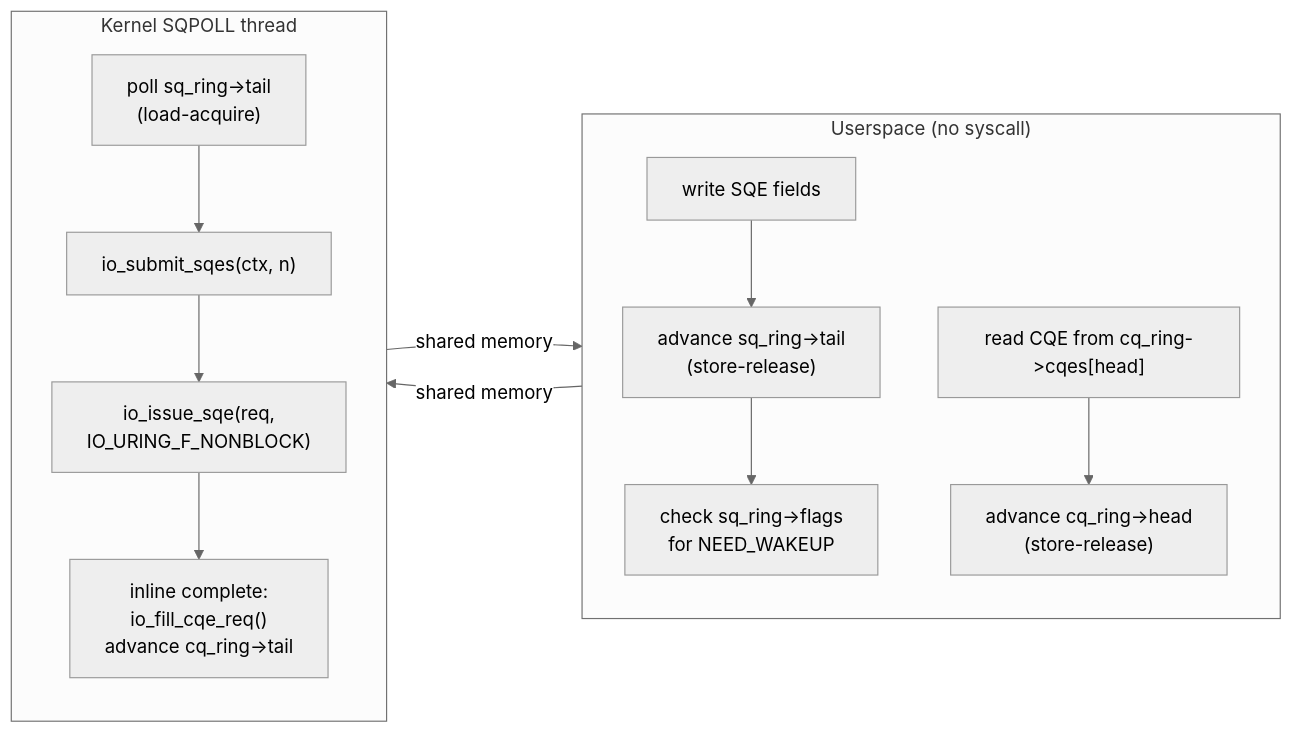
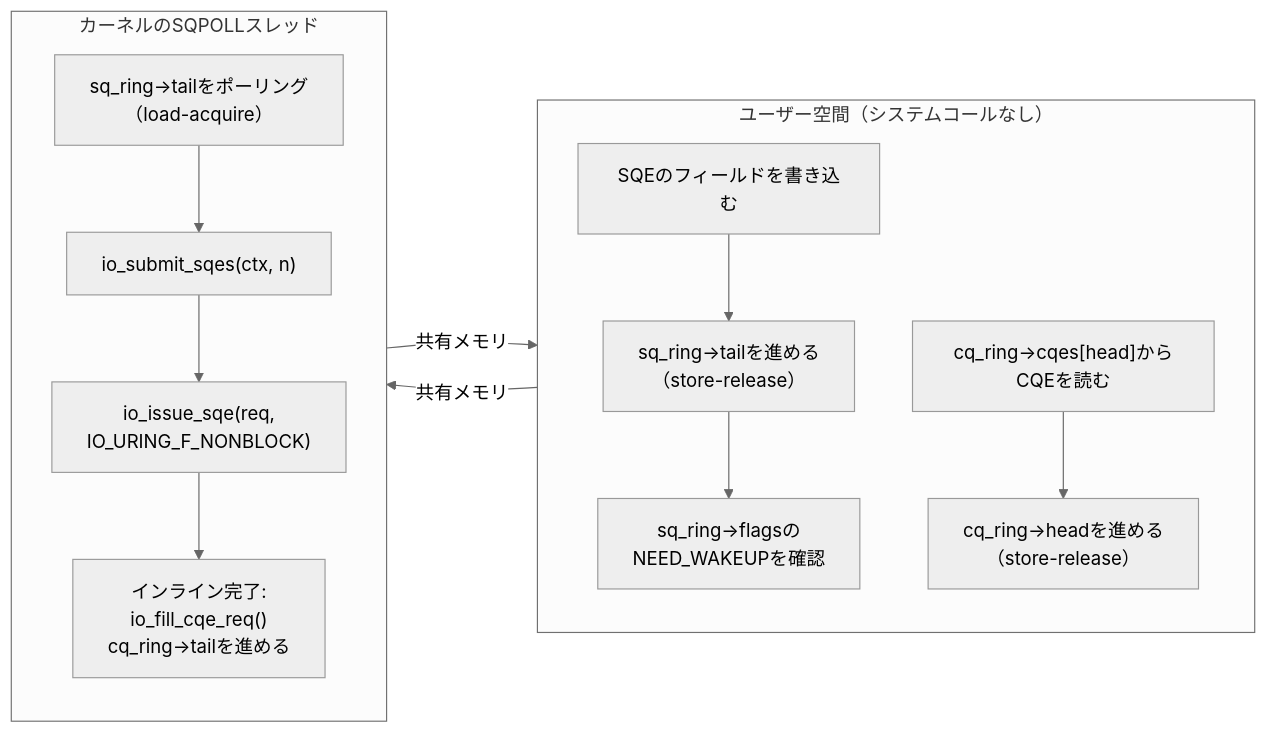
Before and after one commit to doguto/linux-kernel-internals-jp: the third of 4 diagrams in docs/io-uring/life-of-request.md, drawn with Mermaid (neutral theme). The commit also changed other lines of this file and 1 other file, not shown here.

````diff
--- a/docs/io-uring/life-of-request.md
+++ b/docs/io-uring/life-of-request.md
@@ -636,22 +636,22 @@
 ```mermaid
 flowchart LR
-    subgraph userspace["Userspace (no syscall)"]
+    subgraph userspace["ユーザー空間（システムコールなし）"]
         direction TB
-        U1["write SQE fields"]
-        U1 --> U2["advance sq_ring->tail\n(store-release)"]
-        U2 --> U3["check sq_ring->flags\nfor NEED_WAKEUP"]
-        U4["read CQE from cq_ring->cqes[head]"]
-        U4 --> U5["advance cq_ring->head\n(store-release)"]
+        U1["SQEのフィールドを書き込む"]
+        U1 --> U2["sq_ring->tailを進める\n（store-release）"]
+        U2 --> U3["sq_ring->flagsの\nNEED_WAKEUPを確認"]
+        U4["cq_ring->cqes[head]からCQEを読む"]
+        U4 --> U5["cq_ring->headを進める\n（store-release）"]
     end
 
-    subgraph kernel["Kernel SQPOLL thread"]
+    subgraph kernel["カーネルのSQPOLLスレッド"]
         direction TB
-        K1["poll sq_ring->tail\n(load-acquire)"]
+        K1["sq_ring->tailをポーリング\n（load-acquire）"]
         K1 --> K2["io_submit_sqes(ctx, n)"]
         K2 --> K3["io_issue_sqe(req,\nIO_URING_F_NONBLOCK)"]
-        K3 --> K4["inline complete:\nio_fill_cqe_req()\nadvance cq_ring->tail"]
+        K3 --> K4["インライン完了:\nio_fill_cqe_req()\ncq_ring->tailを進める"]
     end
 
-    U2 -->|shared memory| K1
-    K4 -->|shared memory| U4
+    U2 -->|共有メモリ| K1
+    K4 -->|共有メモリ| U4
 ```
````
